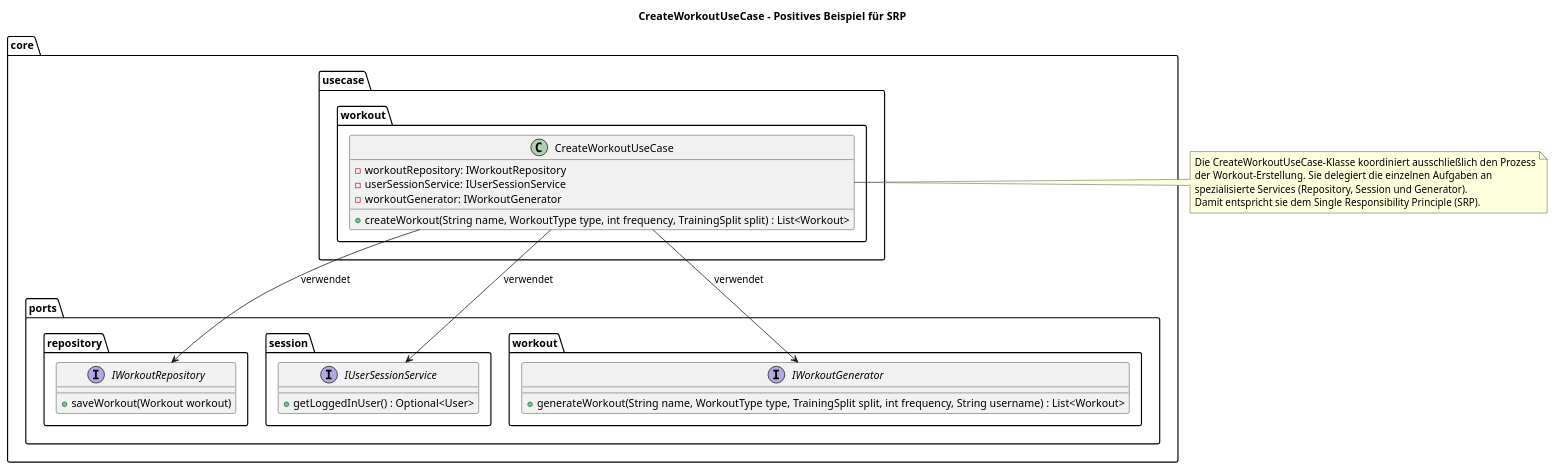
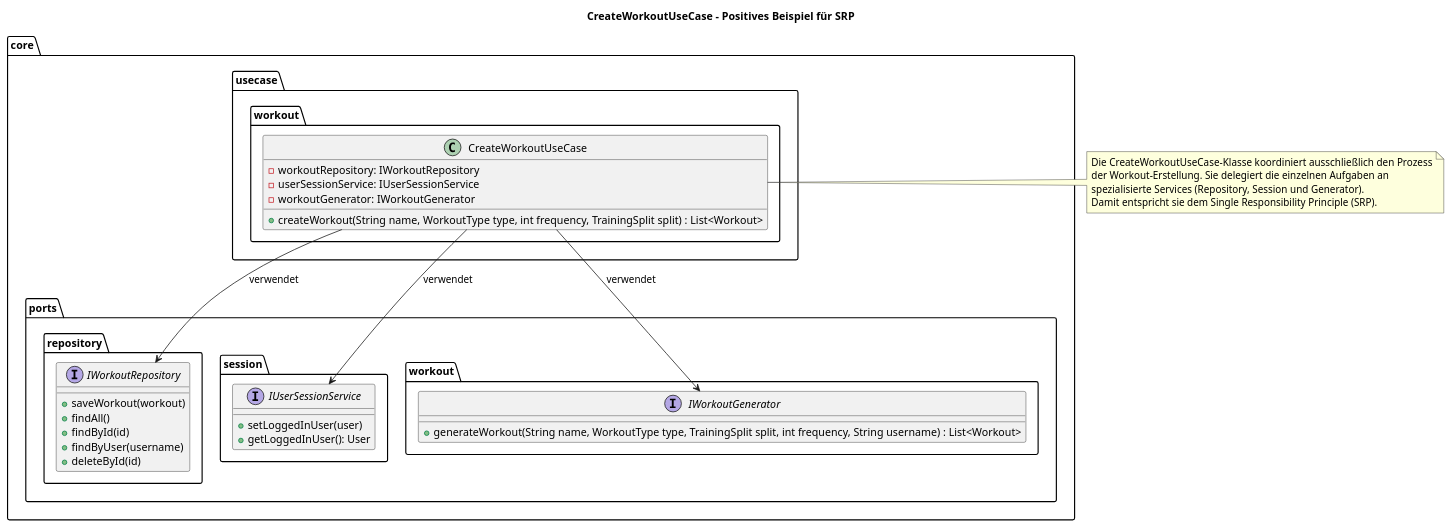
Before and after one commit to NeeroxZ/FitTrackPro_v2: the diagram in protokoll/UML/kapitel3/Analyse_SRP_Positiv.puml, drawn with PlantUML. The commit also changed 13 other files, not shown here.

Commit message:
Hinzufügen des Protokoll...... - ändern UML

```diff
--- a/protokoll/UML/kapitel3/Analyse_SRP_Positiv.puml
+++ b/protokoll/UML/kapitel3/Analyse_SRP_Positiv.puml
@@ -1,34 +1,43 @@
 @startuml Analyse_SRP_Positiv
 title CreateWorkoutUseCase - Positives Beispiel für SRP
 
-interface core.ports.repository.IWorkoutRepository {
-  +saveWorkout(Workout workout)
-}
+package "core.ports.repository" {
+    interface IWorkoutRepository {
+        + saveWorkout(workout)
+        + findAll()
+        + findById(id)
+        + findByUser(username)
+        + deleteById(id)
+    }
+ }
 
-interface core.ports.session.IUserSessionService {
-  +getLoggedInUser() : Optional<User>
-}
+package "core.ports.session" {
+    interface IUserSessionService {
+        + setLoggedInUser(user)
+        + getLoggedInUser(): User
+    }
+ }
 
 interface core.ports.workout.IWorkoutGenerator {
   +generateWorkout(String name, WorkoutType type, TrainingSplit split, int frequency, String username) : List<Workout>
 }
 
 class core.usecase.workout.CreateWorkoutUseCase {
   - workoutRepository: IWorkoutRepository
   - userSessionService: IUserSessionService
   - workoutGenerator: IWorkoutGenerator
   + createWorkout(String name, WorkoutType type, int frequency, TrainingSplit split) : List<Workout>
 }
 
 CreateWorkoutUseCase --> IWorkoutRepository : verwendet
 CreateWorkoutUseCase --> IUserSessionService : verwendet
 CreateWorkoutUseCase --> IWorkoutGenerator : verwendet
 
 note right of CreateWorkoutUseCase
   Die CreateWorkoutUseCase-Klasse koordiniert ausschließlich den Prozess
   der Workout-Erstellung. Sie delegiert die einzelnen Aufgaben an
   spezialisierte Services (Repository, Session und Generator).
   Damit entspricht sie dem Single Responsibility Principle (SRP).
 end note
 
 @enduml
```
